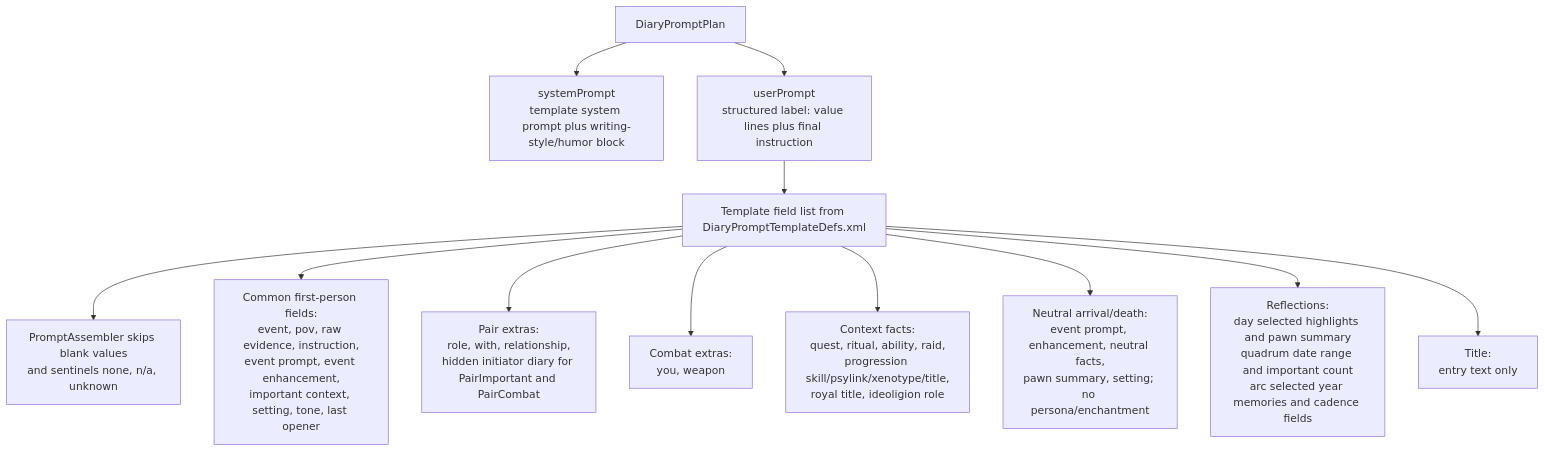
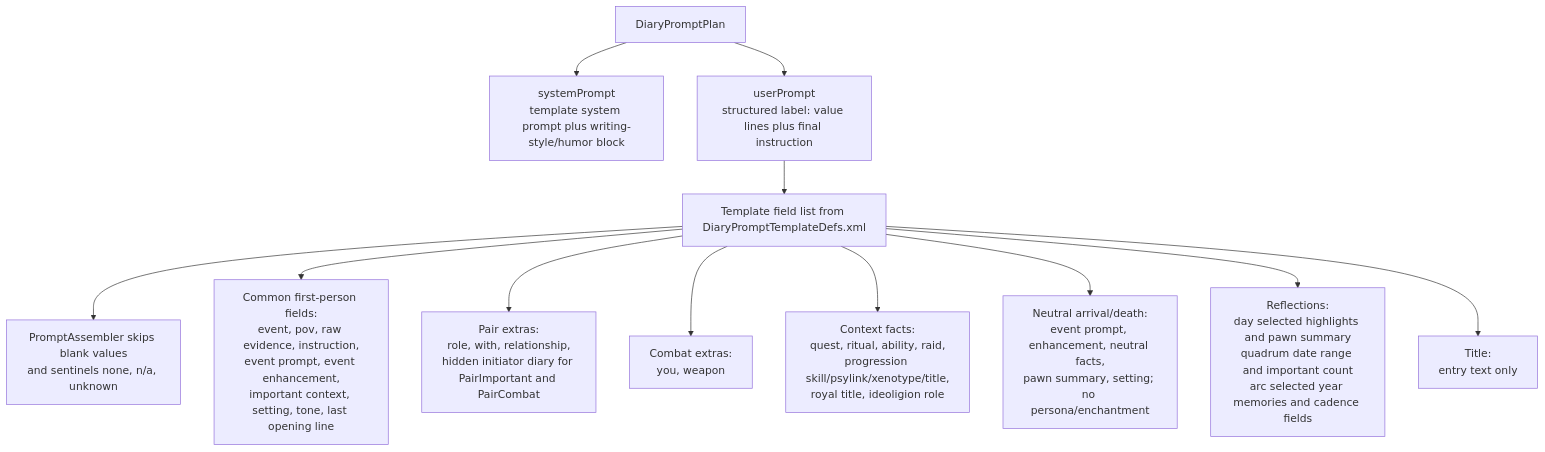
The sixth of 6 diagrams in EVENT_PROMPT_MAP.md (aimmlegate/PawnDiary), drawn with Mermaid before and after one commit. The commit also changed other lines of this file and 13 other files, not shown here.

````diff
--- a/EVENT_PROMPT_MAP.md
+++ b/EVENT_PROMPT_MAP.md
@@ -516,14 +516,14 @@
 ```mermaid
 flowchart TD
     Plan["DiaryPromptPlan"] --> System["systemPrompt<br/>template system prompt plus writing-style/humor block"]
     Plan --> User["userPrompt<br/>structured label: value lines plus final instruction"]
     User --> Fields["Template field list from DiaryPromptTemplateDefs.xml"]
     Fields --> Skip["PromptAssembler skips blank values<br/>and sentinels none, n/a, unknown"]
-    Fields --> Common["Common first-person fields:<br/>event, pov, raw evidence, instruction,<br/>event prompt, event enhancement,<br/>important context, setting, tone, last opener"]
+    Fields --> Common["Common first-person fields:<br/>event, pov, raw evidence, instruction,<br/>event prompt, event enhancement,<br/>important context, setting, tone, last opening line"]
     Fields --> PairFields["Pair extras:<br/>role, with, relationship,<br/>hidden initiator diary for PairImportant and PairCombat"]
     Fields --> CombatFields["Combat extras:<br/>you, weapon"]
     Fields --> SourceFacts["Context facts:<br/>quest, ritual, ability, raid,<br/>progression skill/psylink/xenotype/title,<br/>royal title, ideoligion role"]
     Fields --> Boundary["Neutral arrival/death:<br/>event prompt, enhancement, neutral facts,<br/>pawn summary, setting; no persona/enchantment"]
     Fields --> Reflection["Reflections:<br/>day selected highlights and pawn summary<br/>quadrum date range and important count<br/>arc selected year memories and cadence fields"]
     Fields --> Title["Title:<br/>entry text only"]
 ```
````
